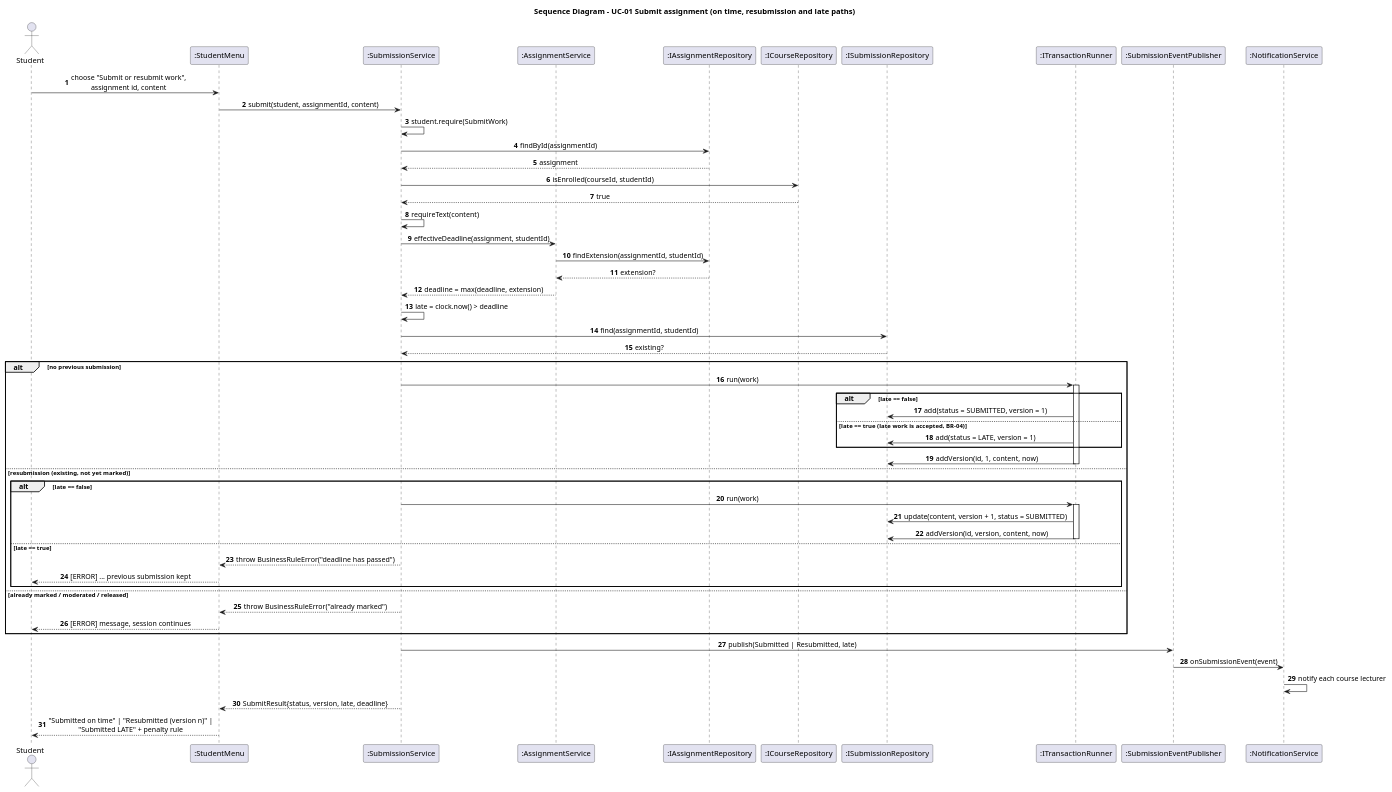
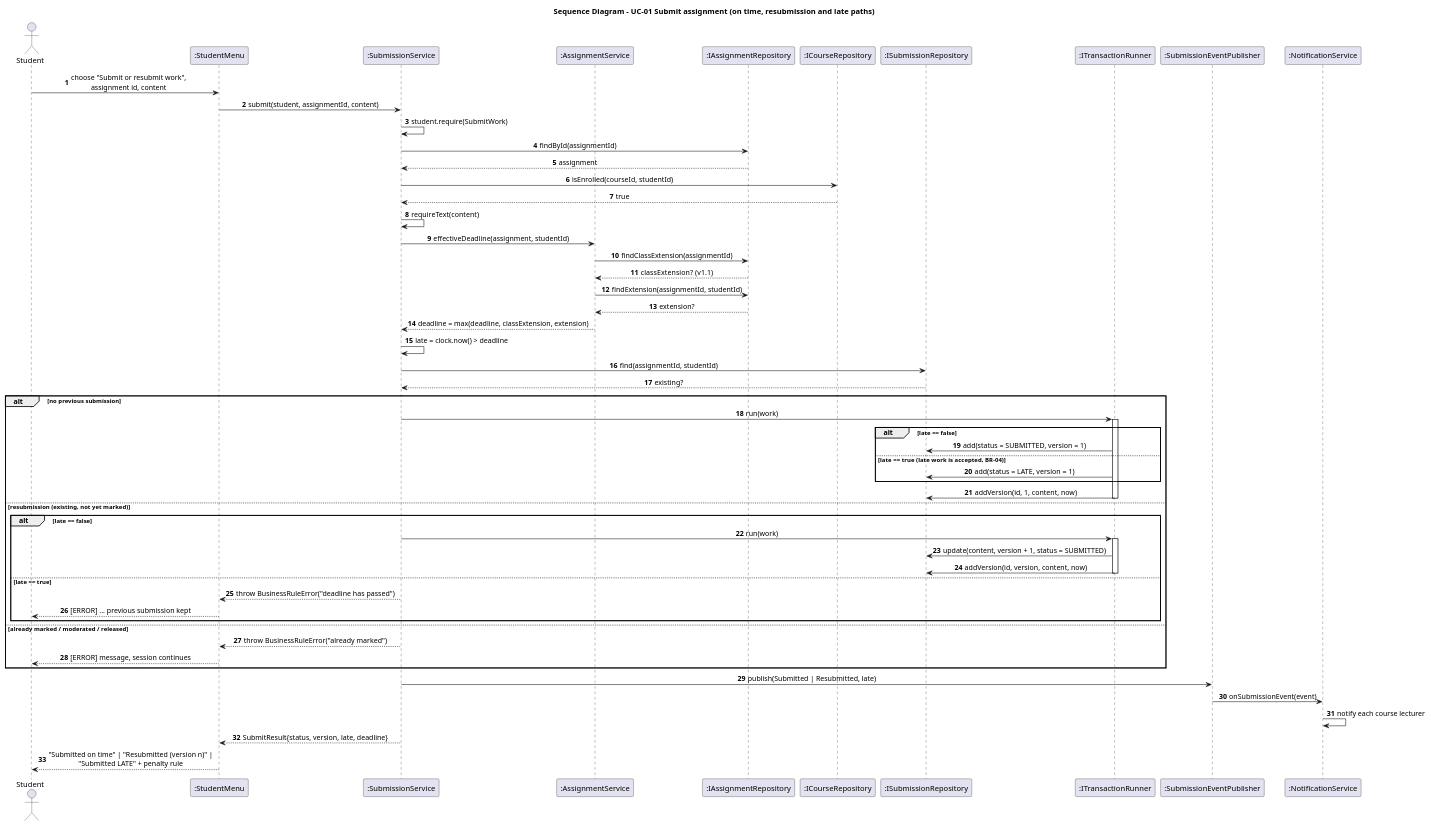
The diagram in docs/diagrams/sequence-submit-assignment.puml (victormonyekem02-sudo/Edu-Management-System), drawn with PlantUML before and after one commit. The commit also changed 48 other files, not shown here.

```diff
--- a/docs/diagrams/sequence-submit-assignment.puml
+++ b/docs/diagrams/sequence-submit-assignment.puml
@@ -1,63 +1,65 @@
 @startuml sequence-submit-assignment
 title Sequence Diagram - UC-01 Submit assignment (on time, resubmission and late paths)
 autonumber
 skinparam sequenceMessageAlign center
 actor Student
 participant ":StudentMenu" as UI
 participant ":SubmissionService" as SS
 participant ":AssignmentService" as AS
 participant ":IAssignmentRepository" as AR
 participant ":ICourseRepository" as CR
 participant ":ISubmissionRepository" as SR
 participant ":ITransactionRunner" as TX
 participant ":SubmissionEventPublisher" as EP
 participant ":NotificationService" as NS
 
 Student -> UI : choose "Submit or resubmit work",\nassignment id, content
 UI -> SS : submit(student, assignmentId, content)
 SS -> SS : student.require(SubmitWork)
 SS -> AR : findById(assignmentId)
 AR --> SS : assignment
 SS -> CR : isEnrolled(courseId, studentId)
 CR --> SS : true
 SS -> SS : requireText(content)
 SS -> AS : effectiveDeadline(assignment, studentId)
+AS -> AR : findClassExtension(assignmentId)
+AR --> AS : classExtension?  (v1.1)
 AS -> AR : findExtension(assignmentId, studentId)
 AR --> AS : extension?
-AS --> SS : deadline = max(deadline, extension)
+AS --> SS : deadline = max(deadline, classExtension, extension)
 SS -> SS : late = clock.now() > deadline
 SS -> SR : find(assignmentId, studentId)
 SR --> SS : existing?
 
 alt no previous submission
   SS -> TX : run(work)
   activate TX
   alt late == false
     TX -> SR : add(status = SUBMITTED, version = 1)
   else late == true  (late work is accepted, BR-04)
     TX -> SR : add(status = LATE, version = 1)
   end
   TX -> SR : addVersion(id, 1, content, now)
   deactivate TX
 else resubmission (existing, not yet marked)
   alt late == false
     SS -> TX : run(work)
     activate TX
     TX -> SR : update(content, version + 1, status = SUBMITTED)
     TX -> SR : addVersion(id, version, content, now)
     deactivate TX
   else late == true
     SS --> UI : throw BusinessRuleError("deadline has passed")
     UI --> Student : [ERROR] ... previous submission kept
   end
 else already marked / moderated / released
   SS --> UI : throw BusinessRuleError("already marked")
   UI --> Student : [ERROR] message, session continues
 end
 
 SS -> EP : publish(Submitted | Resubmitted, late)
 EP -> NS : onSubmissionEvent(event)
 NS -> NS : notify each course lecturer
 SS --> UI : SubmitResult{status, version, late, deadline}
 UI --> Student : "Submitted on time" | "Resubmitted (version n)" |\n"Submitted LATE" + penalty rule
 @enduml
```
